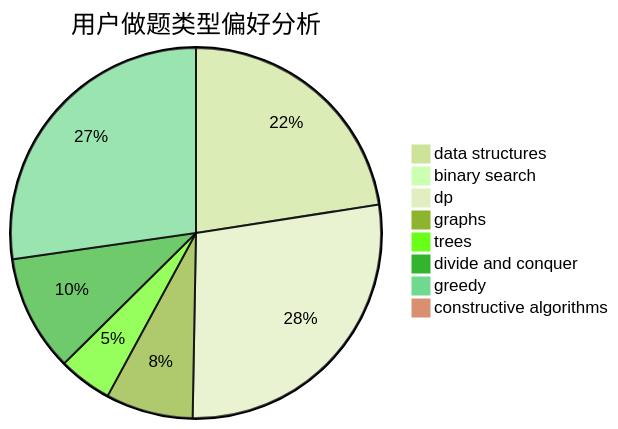
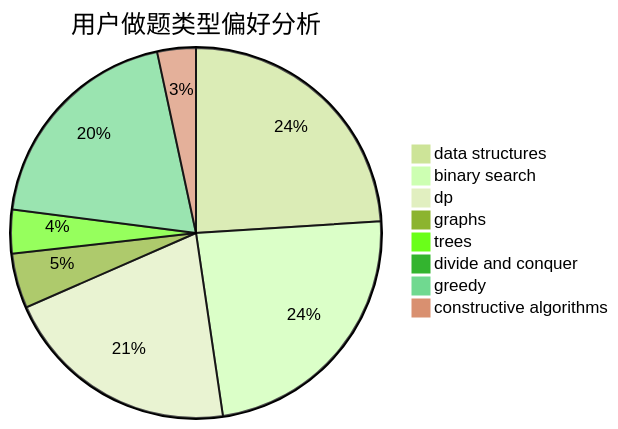
One commit to sherpahu/cfrs.github.io changed the second of 3 diagrams in docs/user/u1082.md. Above: the diagram before and after it, drawn with Mermaid (forest theme). The commit also changed other lines of this file and 2770 other files, not shown here.

````diff
--- a/docs/user/u1082.md
+++ b/docs/user/u1082.md
@@ -23,11 +23,11 @@
 ```mermaid
 pie title 用户做题类型偏好分析
-    "data structures" :  429
-    "binary search" :  0
-    "dp" :  528
-    "graphs" :  145
-    "trees" :  89
-    "divide and conquer" :  193
-    "greedy" :  519
-    "constructive algorithms" :  15
+    "data structures" :  541
+    "binary search" :  534
+    "dp" :  468
+    "graphs" :  108
+    "trees" :  86
+    "divide and conquer" :  7
+    "greedy" :  442
+    "constructive algorithms" :  76
 ```
````
